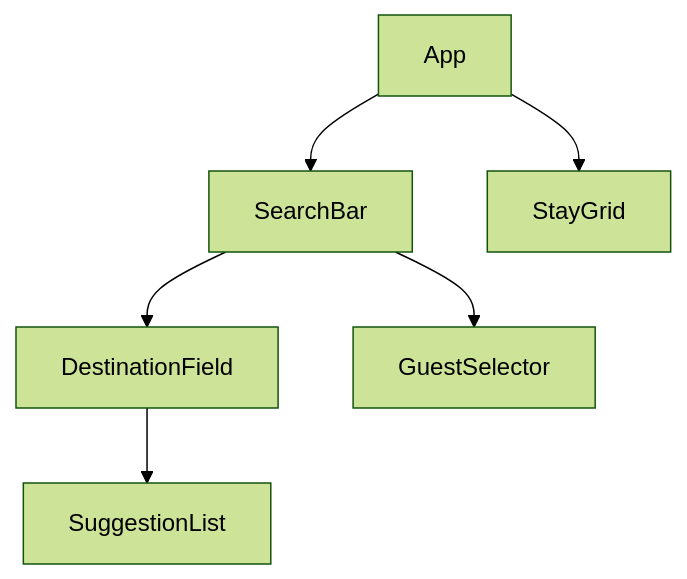
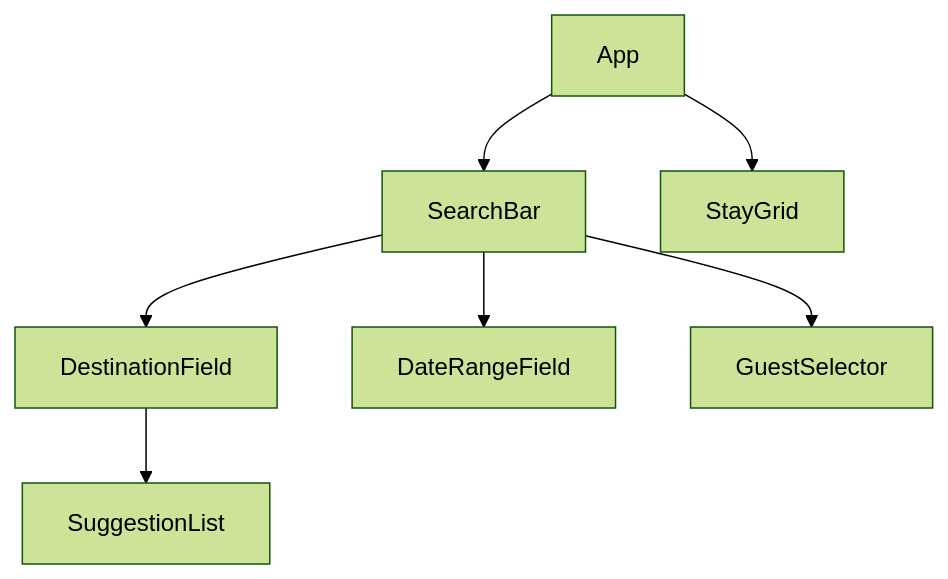
One commit to boostcampwm-snu-2026-1/gwanak-bnb changed the second of 2 diagrams in docs/destination-search-design.md. Above: the diagram before and after it, drawn with Mermaid (forest theme). The commit also changed other lines of this file and 2 other files, not shown here.

Commit message:
docs: document api architecture and deployment

````diff
--- a/docs/destination-search-design.md
+++ b/docs/destination-search-design.md
@@ -12,8 +27,9 @@
 ```mermaid
 graph TD
   App --> SearchBar
   SearchBar --> DestinationField
+  SearchBar --> DateRangeField
+  SearchBar --> GuestSelector
   DestinationField --> SuggestionList
-  SearchBar --> GuestSelector
   App --> StayGrid
 ```
````
